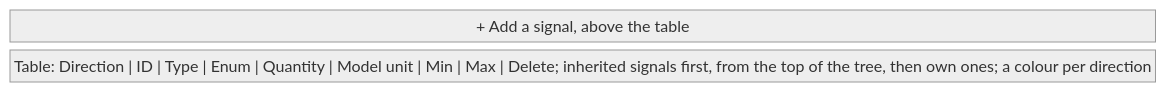
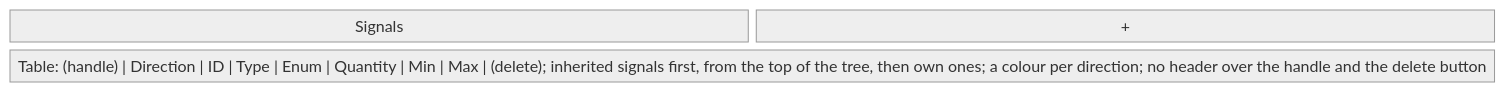
Before and after one commit to AlexandreGallais/synoptic-studio-spec: the fifth of 15 diagrams in screens/metadata.md, drawn with Mermaid (neutral theme). The commit also changed other lines of this file and 12 other files, not shown here.

````diff
--- a/screens/metadata.md
+++ b/screens/metadata.md
@@ -178,6 +180,6 @@
 ```mermaid
 block-beta
-    columns 1
-    add["+ Add a signal, above the table"]
-    table["Table: Direction | ID | Type | Enum | Quantity | Model unit | Min | Max | Delete; inherited signals first, from the top of the tree, then own ones; a colour per direction"]
+    columns 2
+    title["Signals"] add["+"]
+    table["Table: (handle) | Direction | ID | Type | Enum | Quantity | Min | Max | (delete); inherited signals first, from the top of the tree, then own ones; a colour per direction; no header over the handle and the delete button"]:2
 ```
````
